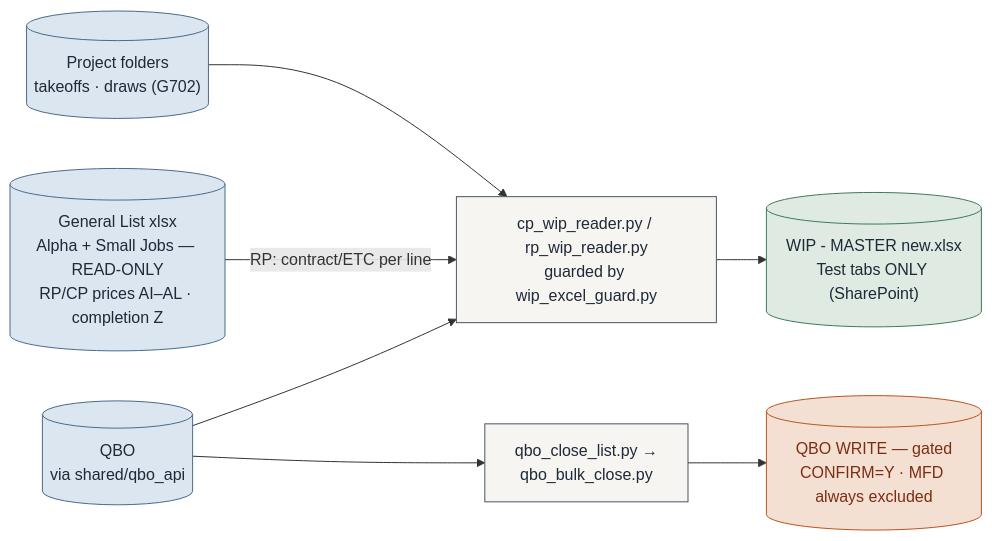
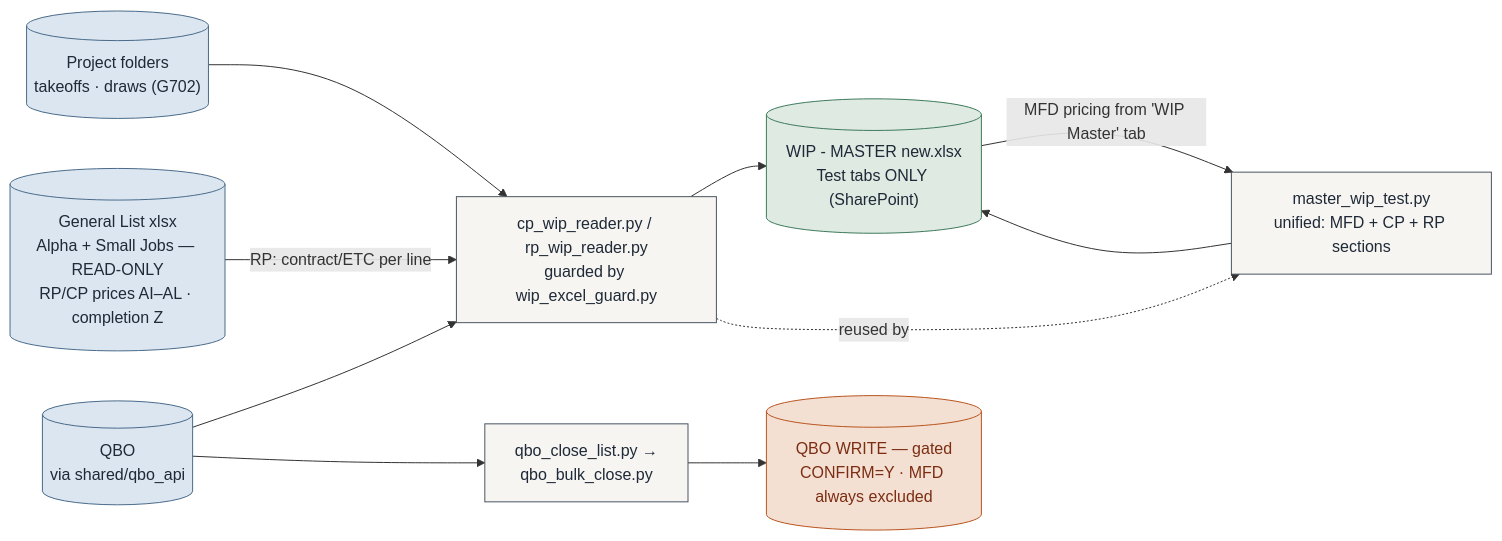
The third of 4 diagrams in docs/ARCHITECTURE.md (Ecarlo-Proficient/Claude-Report), drawn with Mermaid before and after one commit.

Commit message:
docs: add master_wip_test to the WIP flow diagram

````diff
--- a/docs/ARCHITECTURE.md
+++ b/docs/ARCHITECTURE.md
@@ -111,20 +111,24 @@
 ```mermaid
 flowchart LR
     classDef src fill:#dbe6f0,stroke:#4A6B8A,color:#1f2937
     classDef tool fill:#f6f5f1,stroke:#4b5563,color:#1f2937
     classDef out fill:#dfeae2,stroke:#3E7A5C,color:#1f2937
     classDef gate fill:#f3e0d3,stroke:#B9541E,color:#7c2d12
 
     FOLDERS[("Project folders\ntakeoffs · draws (G702)")]:::src
     GL[("General List xlsx\nAlpha + Small Jobs — READ-ONLY\nRP/CP prices AI–AL · completion Z")]:::src
     QBO[("QBO\nvia shared/qbo_api")]:::src
     READERS["cp_wip_reader.py / rp_wip_reader.py\nguarded by wip_excel_guard.py"]:::tool
     TEST[("WIP - MASTER new.xlsx\nTest tabs ONLY (SharePoint)")]:::out
     CLOSE["qbo_close_list.py →\nqbo_bulk_close.py"]:::tool
     QW[("QBO WRITE — gated\nCONFIRM=Y · MFD always excluded")]:::gate
 
+    MASTER["master_wip_test.py\nunified: MFD + CP + RP sections"]:::tool
+
     FOLDERS --> READERS
     GL -->|"RP: contract/ETC per line"| READERS
     QBO --> READERS --> TEST
+    READERS -.->|"reused by"| MASTER
+    TEST -->|"MFD pricing from 'WIP Master' tab"| MASTER --> TEST
     QBO --> CLOSE --> QW
 ```
````
